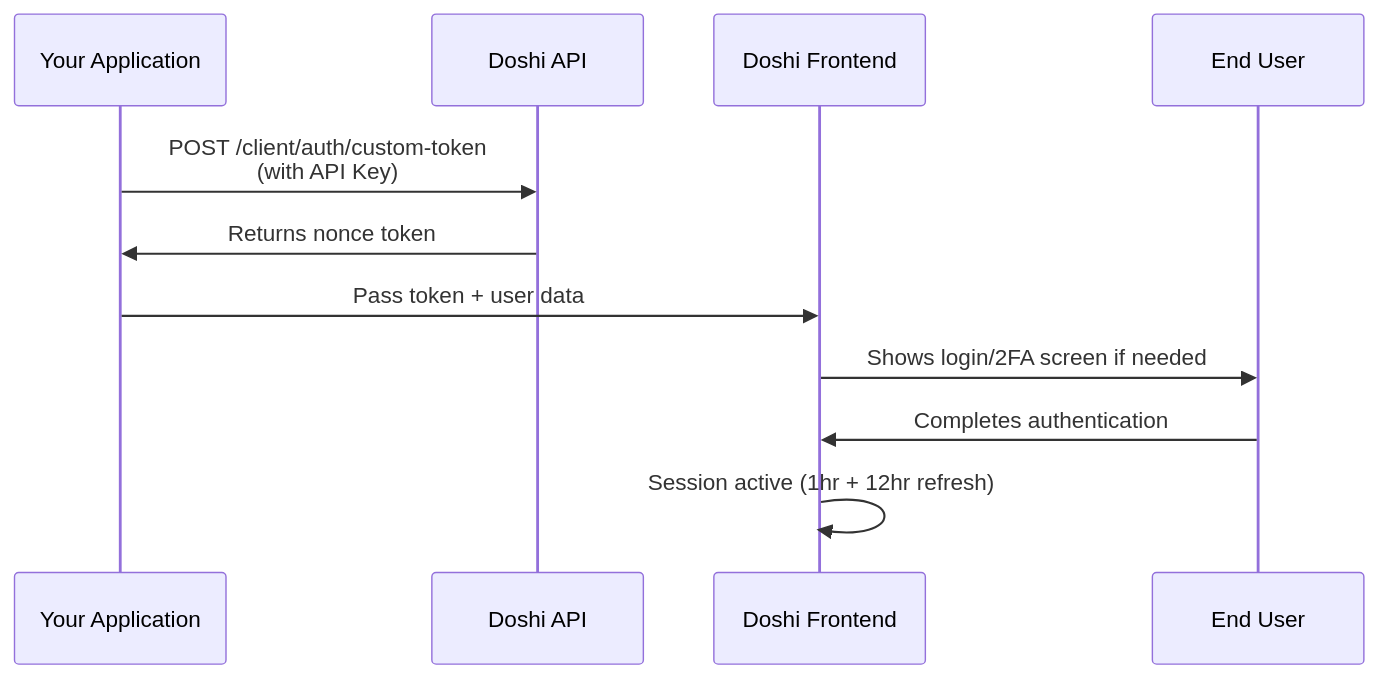
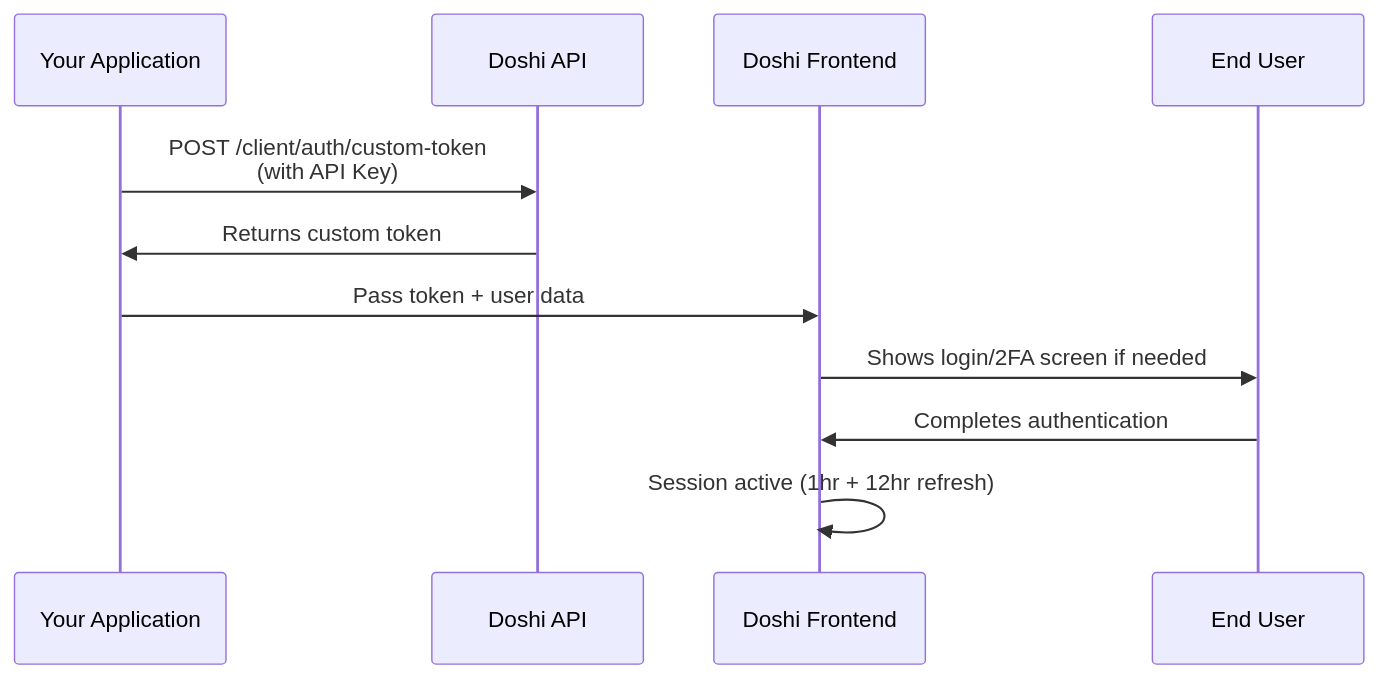
One commit to chetanvermadoshi/docs changed the diagram in webview/quickstart.mdx. Above: the diagram before and after it, drawn with Mermaid. The commit also changed other lines of this file and 6 other files, not shown here.

````diff
--- a/webview/quickstart.mdx
+++ b/webview/quickstart.mdx
@@ -37,14 +37,14 @@
 ```mermaid
 sequenceDiagram
     participant Client as Your Application
     participant API as Doshi API
     participant Frontend as Doshi Frontend
     participant User as End User
 
     Client->>API: POST /client/auth/custom-token<br/>(with API Key)
-    API->>Client: Returns nonce token
+    API->>Client: Returns custom token
     Client->>Frontend: Pass token + user data
     Frontend->>User: Shows login/2FA screen if needed
     User->>Frontend: Completes authentication
     Frontend->>Frontend: Session active (1hr + 12hr refresh)
 ```
````
